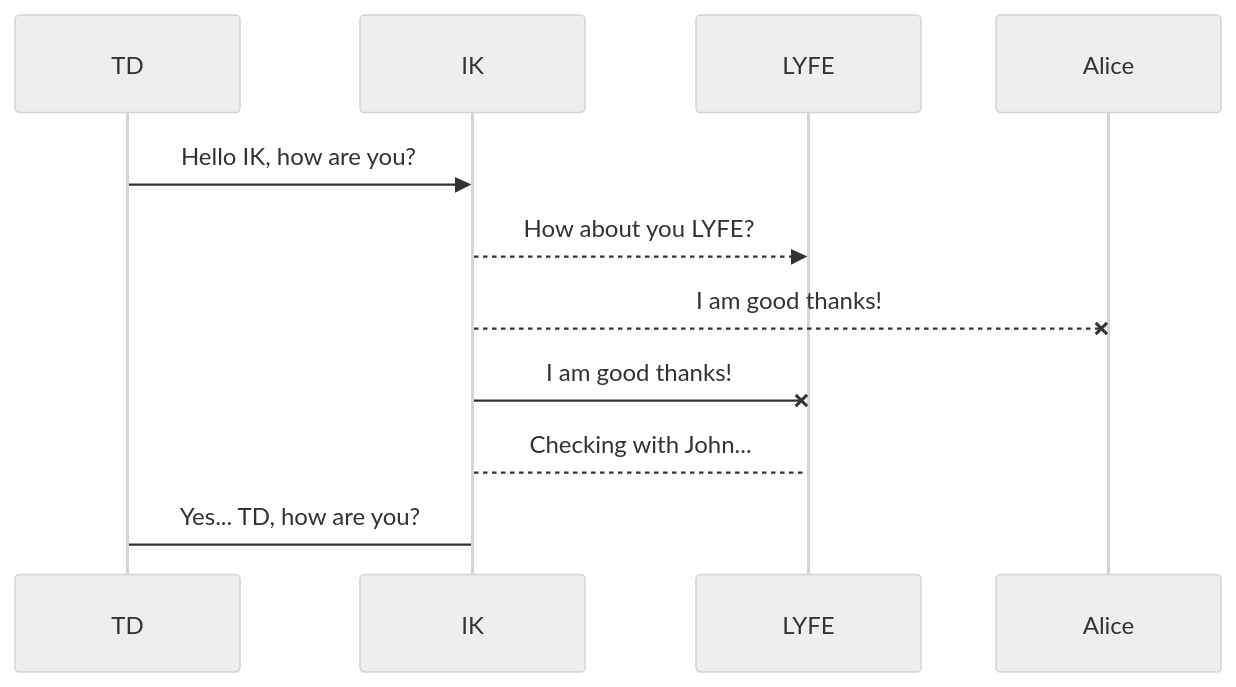
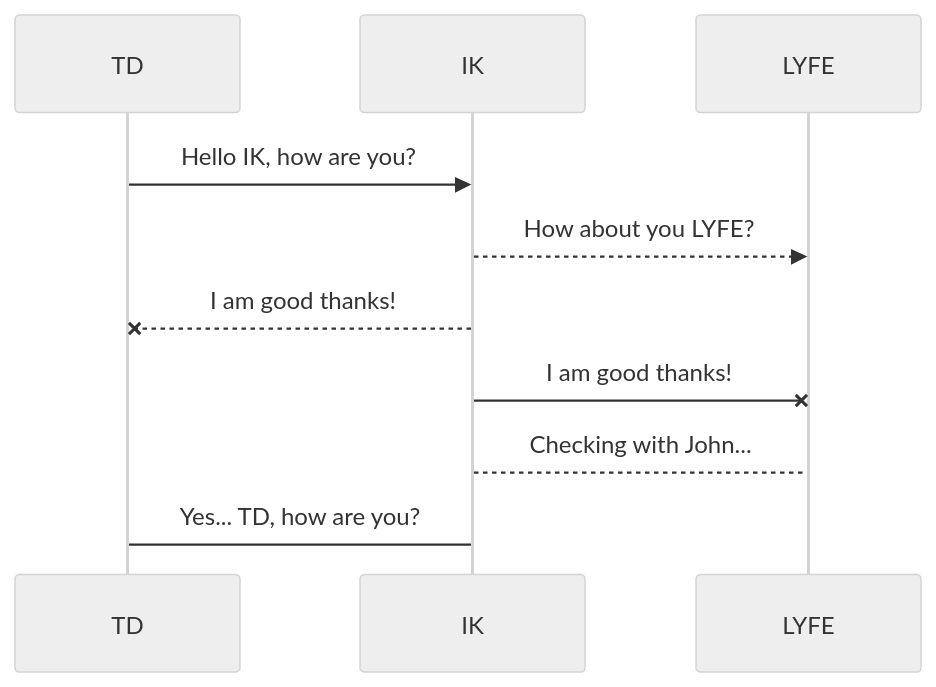
Before and after one commit to Streamerbot/streamerbot-wiki: the diagram in Test.md, drawn with Mermaid (neutral theme). The commit also changed other lines of this file, not shown here.

Commit message:
docs: update Test

````diff
--- a/Test.md
+++ b/Test.md
@@ -45,10 +45,10 @@
 ```mermaid
 sequenceDiagram
     TD ->> IK: Hello IK, how are you?
     IK-->>LYFE: How about you LYFE?
-    IK--x Alice: I am good thanks!
+    IK--x TD: I am good thanks!
     IK-x LYFE: I am good thanks!
 
     IK-->LYFE: Checking with John...
     IK->TD: Yes... TD, how are you?
 ```
````
